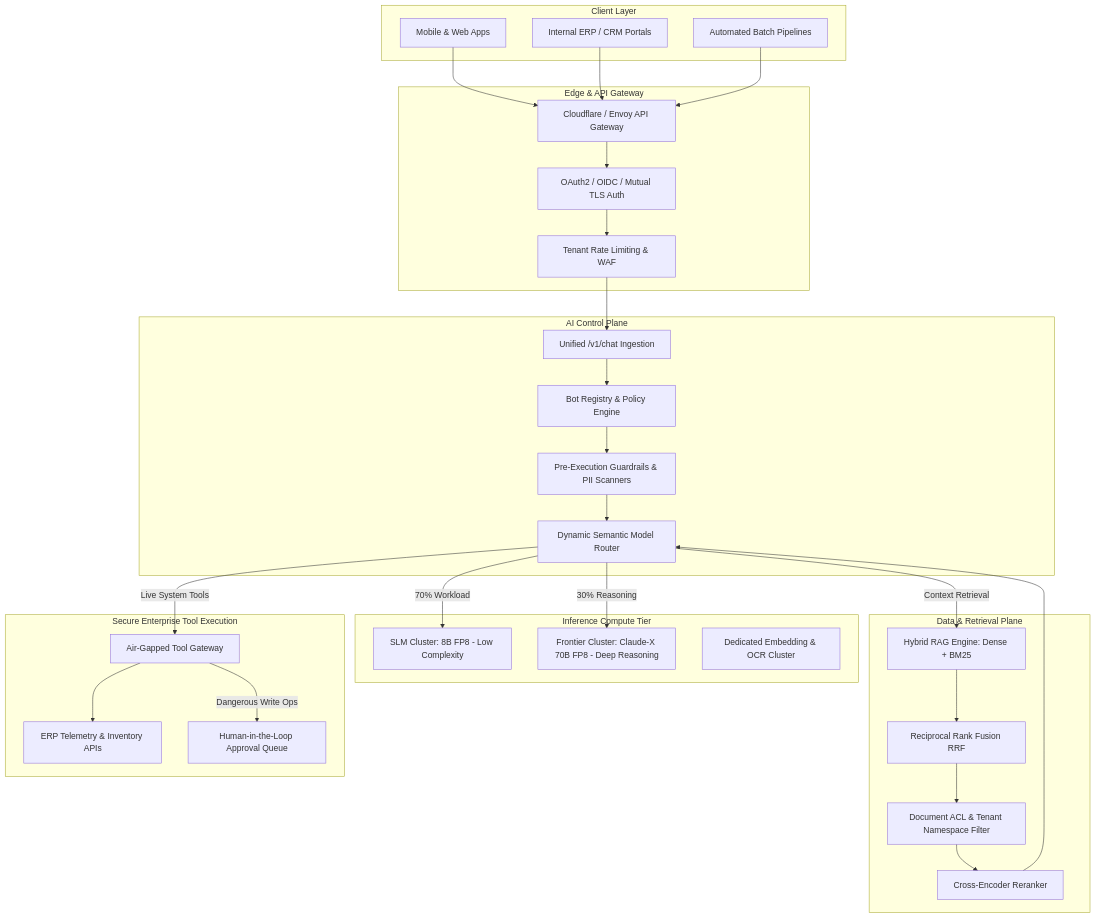
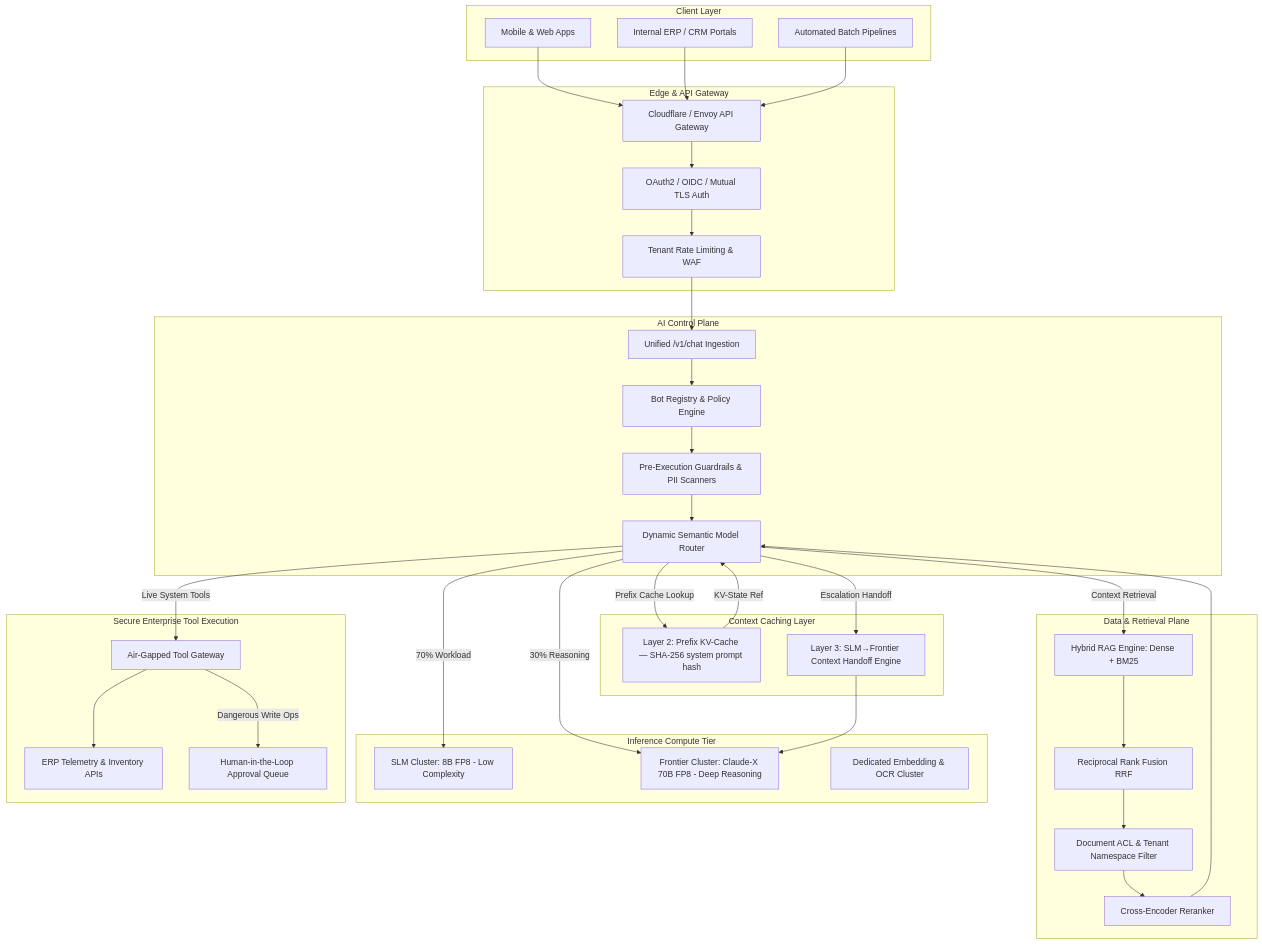
The diagram in portfolio/Enterprise-GenAI-Platform-Capacity-Architecture/docs/01_SYSTEM_ARCHITECTURE.md (aashiq-parinda/genai-systems-portfolio), drawn with Mermaid before and after one commit. The commit also changed other lines of this file and 6 other files, not shown here.

First line of the commit message:
feat: add KV-Cache prefix caching, DPO/RLHF notebook, LLM-as-Judge & Structured Output

````diff
--- a/portfolio/Enterprise-GenAI-Platform-Capacity-Architecture/docs/01_SYSTEM_ARCHITECTURE.md
+++ b/portfolio/Enterprise-GenAI-Platform-Capacity-Architecture/docs/01_SYSTEM_ARCHITECTURE.md
@@ -12,50 +12,58 @@
 ```mermaid
 graph TD
     subgraph Client Layer
         A1[Mobile & Web Apps]
         A2[Internal ERP / CRM Portals]
         A3[Automated Batch Pipelines]
     end
 
     subgraph Edge & API Gateway
         B1[Cloudflare / Envoy API Gateway]
         B2[OAuth2 / OIDC / Mutual TLS Auth]
         B3[Tenant Rate Limiting & WAF]
     end
 
     subgraph AI Control Plane
         C1[Unified /v1/chat Ingestion]
         C2[Bot Registry & Policy Engine]
         C3[Pre-Execution Guardrails & PII Scanners]
         C4[Dynamic Semantic Model Router]
     end
 
     subgraph Data & Retrieval Plane
         D1[Hybrid RAG Engine: Dense + BM25]
         D2[Reciprocal Rank Fusion RRF]
         D3[Document ACL & Tenant Namespace Filter]
         D4[Cross-Encoder Reranker]
     end
 
     subgraph Inference Compute Tier
         E1[SLM Cluster: 8B FP8 - Low Complexity]
         E2[Frontier Cluster: Claude-X 70B FP8 - Deep Reasoning]
         E3[Dedicated Embedding & OCR Cluster]
     end
 
     subgraph Secure Enterprise Tool Execution
         F1[Air-Gapped Tool Gateway]
         F2[ERP Telemetry & Inventory APIs]
         F3[Human-in-the-Loop Approval Queue]
     end
 
+    subgraph Context Caching Layer
+        G1[Layer 2: Prefix KV-Cache — SHA-256 system prompt hash]
+        G2[Layer 3: SLM→Frontier Context Handoff Engine]
+    end
+
     A1 & A2 & A3 --> B1
     B1 --> B2 --> B3 --> C1
     C1 --> C2 --> C3 --> C4
     C4 -->|Context Retrieval| D1 --> D2 --> D3 --> D4 --> C4
+    C4 -->|Prefix Cache Lookup| G1
+    G1 -->|KV-State Ref| C4
     C4 -->|70% Workload| E1
     C4 -->|30% Reasoning| E2
+    C4 -->|Escalation Handoff| G2 --> E2
     C4 -->|Live System Tools| F1
     F1 --> F2
     F1 -->|Dangerous Write Ops| F3
 ```
````
